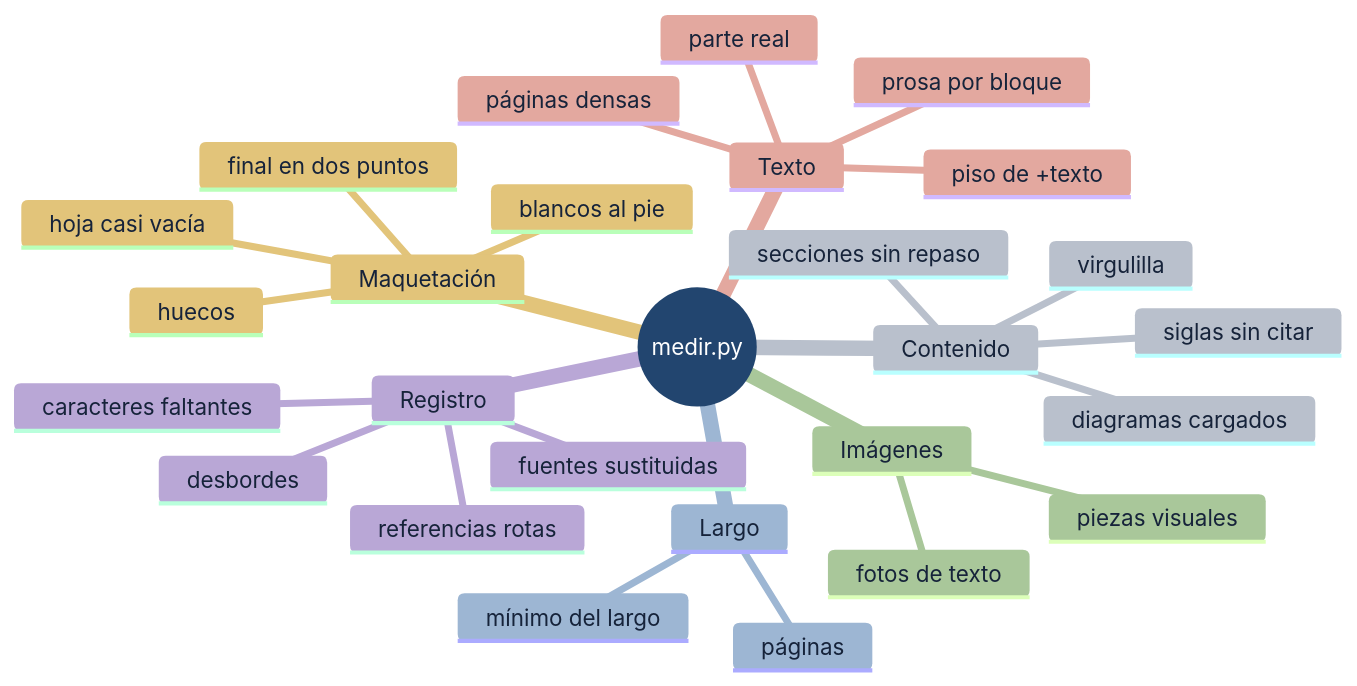
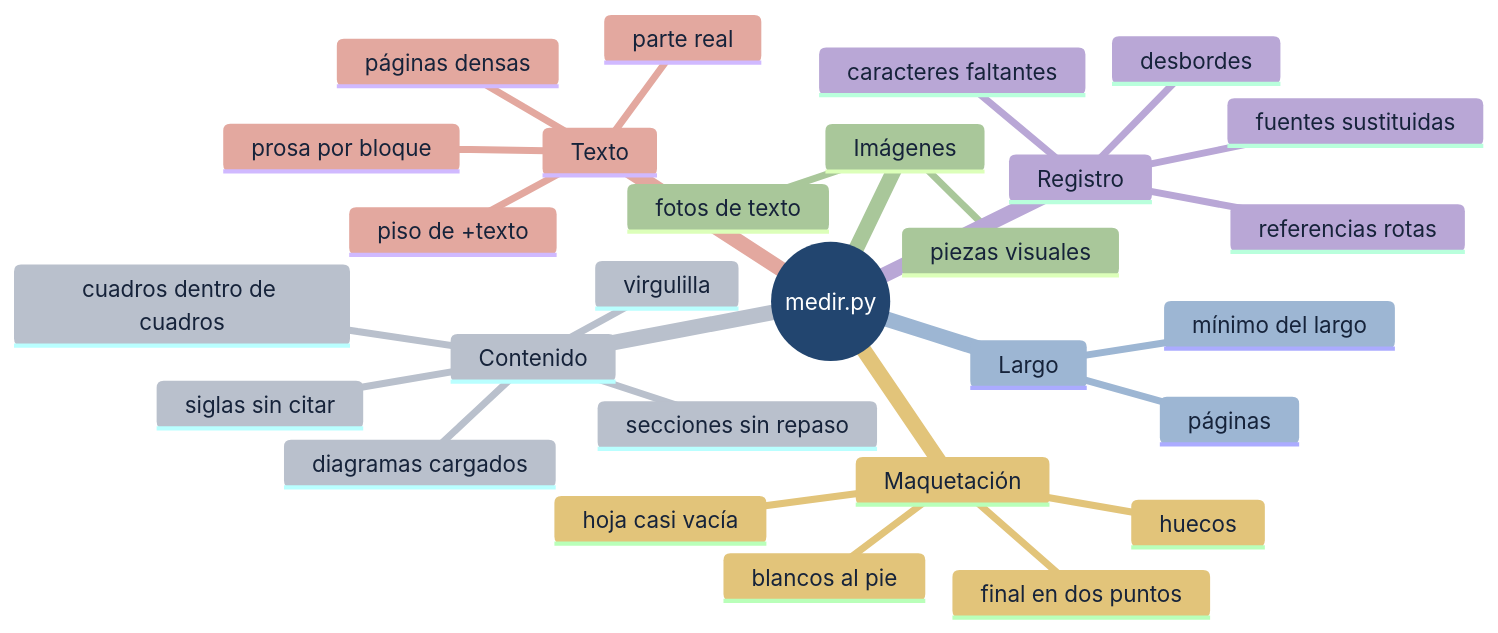
The third of 5 diagrams in README.md (SebasCaules/Dossier), drawn with Mermaid before and after one commit. The commit also changed other lines of this file and 20 other files, not shown here.

First line of the commit message:
0.6.0: un solo nivel de cajas en los diagramas

````diff
--- a/README.md
+++ b/README.md
@@ -481,31 +481,32 @@
 ```mermaid
 %%{init: {'themeVariables': {'git0': '#22456F', 'gitBranchLabel0': '#ffffff', 'cScale0': '#B9C0CC', 'cScale1': '#9DB6D3', 'cScale2': '#E3A89F', 'cScale3': '#A9C79A', 'cScale4': '#E2C47A', 'cScale5': '#B9A7D6', 'cScale6': '#B9C0CC', 'cScaleLabel0': '#16233A', 'cScaleLabel1': '#16233A', 'cScaleLabel2': '#16233A', 'cScaleLabel3': '#16233A', 'cScaleLabel4': '#16233A', 'cScaleLabel5': '#16233A', 'cScaleLabel6': '#16233A'}}}%%
 mindmap
   root((medir.py))
     Largo
       páginas
       mínimo del largo
     Texto
       prosa por bloque
       parte real
       páginas densas
       piso de +texto
     Imágenes
       piezas visuales
       fotos de texto
     Maquetación
       hoja casi vacía
       blancos al pie
       huecos
       final en dos puntos
     Registro
       desbordes
       caracteres faltantes
       referencias rotas
       fuentes sustituidas
     Contenido
       diagramas cargados
+      cuadros dentro de cuadros
       virgulilla
       siglas sin citar
       secciones sin repaso
 ```
````
